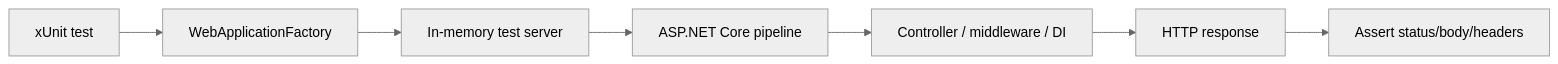
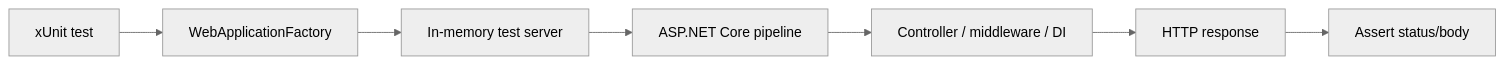
One commit to premix-labs/aspnet-core-web-api-tutorial-book changed the diagram in src/content/docs/part-8-production-ready/46-integration-test.md. Above: the diagram before and after it, drawn with Mermaid (neutral theme). The commit also changed other lines of this file and 42 other files, not shown here.

Commit message:
Improve tutorial teaching flow

````diff
--- a/src/content/docs/part-8-production-ready/46-integration-test.md
+++ b/src/content/docs/part-8-production-ready/46-integration-test.md
@@ -12,9 +12,9 @@
 ```mermaid
 flowchart LR
     Test["xUnit test"] --> Factory["WebApplicationFactory<Program>"]
-    Factory --> TestServer["In-memory test server"]
-    TestServer --> Pipeline["ASP.NET Core pipeline"]
+    Factory --> Server["In-memory test server"]
+    Server --> Pipeline["ASP.NET Core pipeline"]
     Pipeline --> Controller["Controller / middleware / DI"]
     Controller --> Response["HTTP response"]
-    Response --> Assert["Assert status/body/headers"]
+    Response --> Assert["Assert status/body"]
 ```
````
